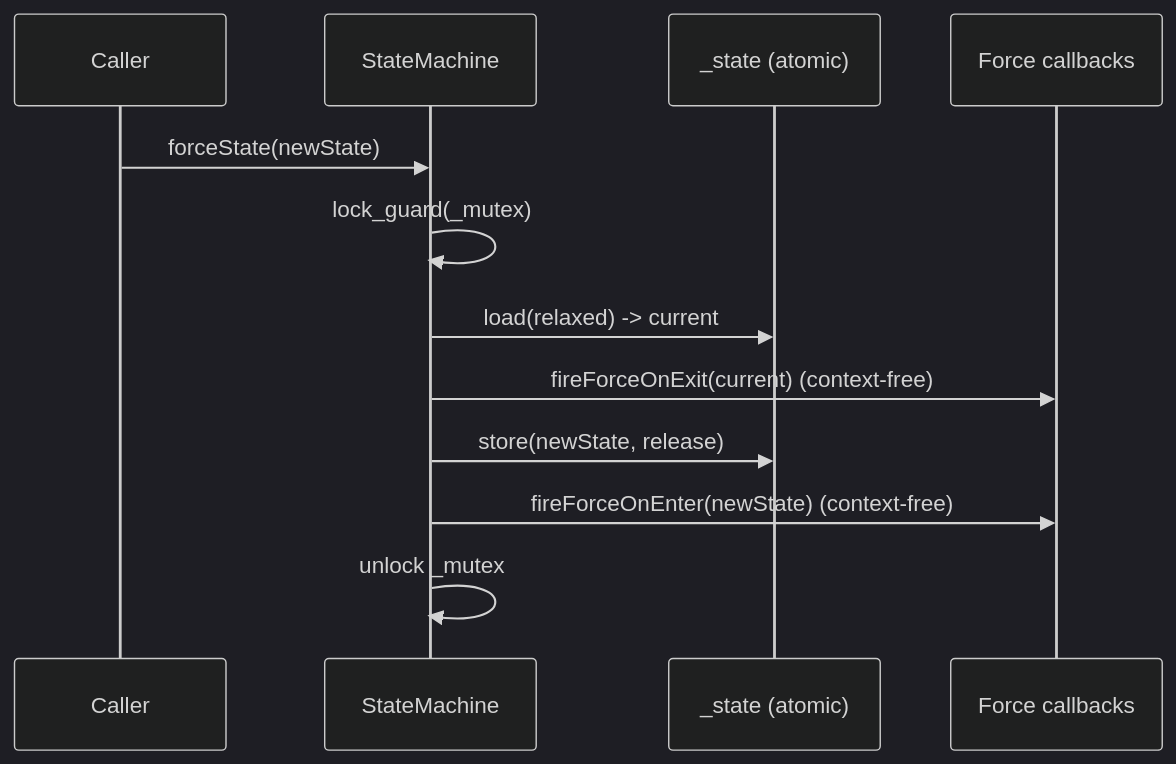
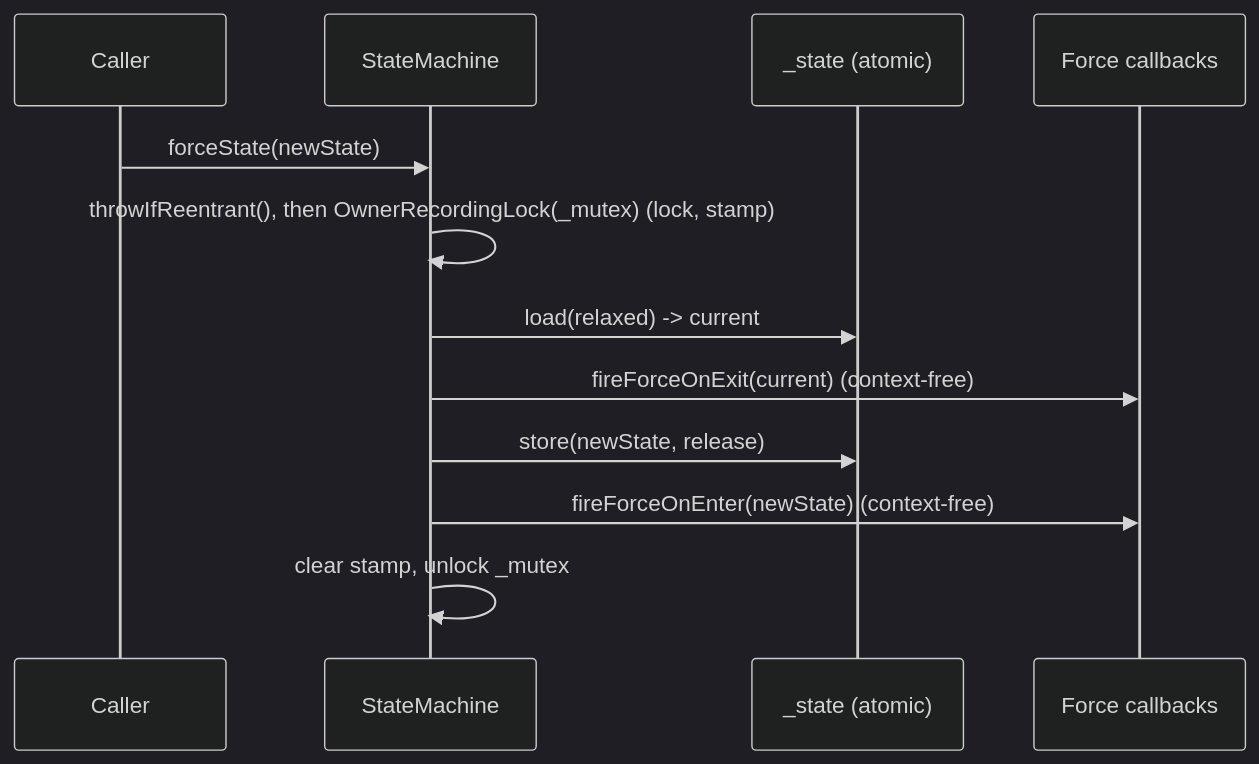
One commit to joegen/iora changed the second of 3 diagrams in docs/core/state_machine.md. Above: the diagram before and after it, drawn with Mermaid (dark theme). The commit also changed other lines of this file and 3 other files, not shown here.

````diff
--- a/docs/core/state_machine.md
+++ b/docs/core/state_machine.md
@@ -130,15 +136,15 @@
 ```mermaid
 sequenceDiagram
   participant App as Caller
   participant SM as StateMachine
   participant S as _state (atomic)
   participant CB as Force callbacks
 
   App->>SM: forceState(newState)
-  SM->>SM: lock_guard(_mutex)
+  SM->>SM: throwIfReentrant(), then OwnerRecordingLock(_mutex) (lock, stamp)
   SM->>S: load(relaxed) -> current
   SM->>CB: fireForceOnExit(current)   (context-free)
   SM->>S: store(newState, release)
   SM->>CB: fireForceOnEnter(newState) (context-free)
-  SM->>SM: unlock _mutex
+  SM->>SM: clear stamp, unlock _mutex
 ```
````
